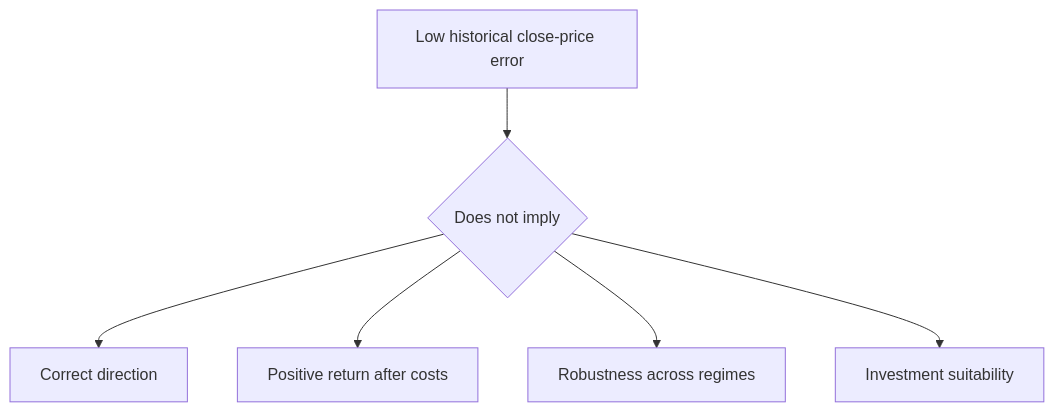
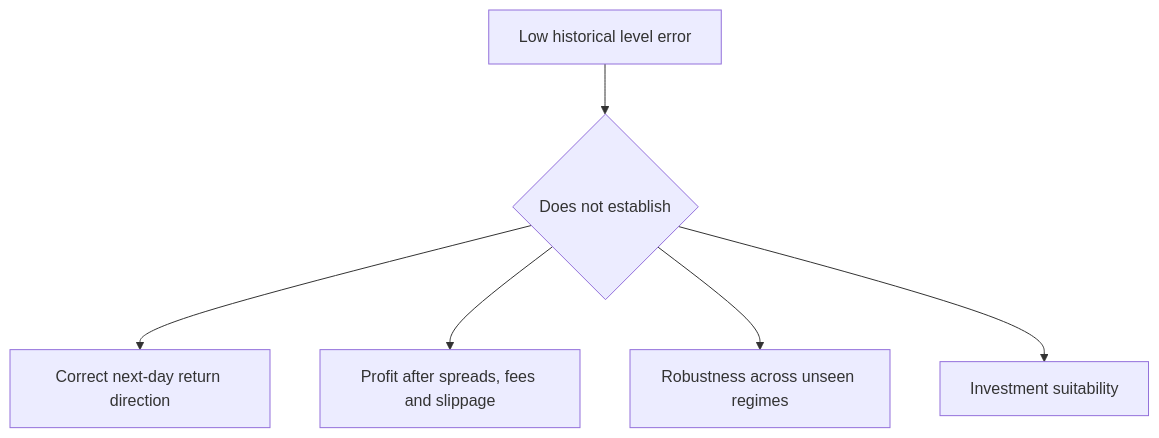
The fourth of 4 diagrams in 10-nifty-price-analysis/README.md (CHAITANYA-2002/machine-learning-projects), drawn with Mermaid before and after one commit. The commit also changed other lines of this file and 109 other files, not shown here.

````diff
--- a/10-nifty-price-analysis/README.md
+++ b/10-nifty-price-analysis/README.md
@@ -130,8 +97,8 @@
 ```mermaid
-flowchart TB
-    A[Low historical close-price error] --> B{Does not imply}
-    B --> C[Correct direction]
-    B --> D[Positive return after costs]
-    B --> E[Robustness across regimes]
+flowchart TD
+    A[Low historical level error] --> B{Does not establish}
+    B --> C[Correct next-day return direction]
+    B --> D[Profit after spreads, fees and slippage]
+    B --> E[Robustness across unseen regimes]
     B --> F[Investment suitability]
 ```
````
